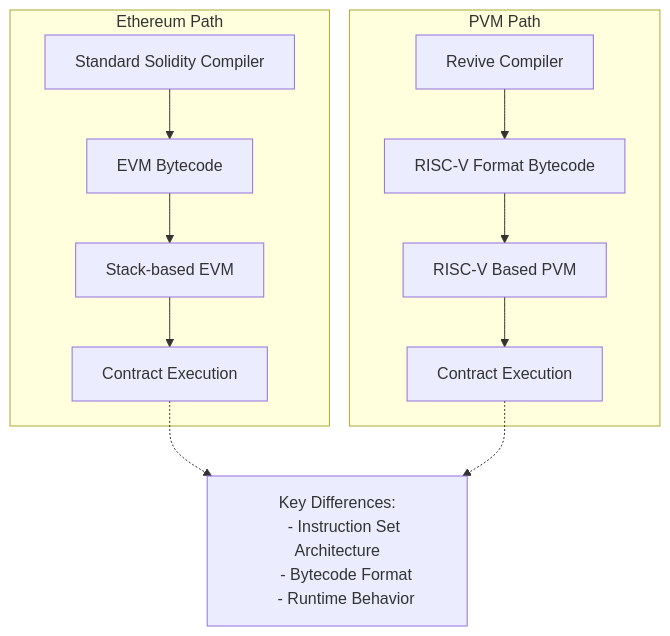
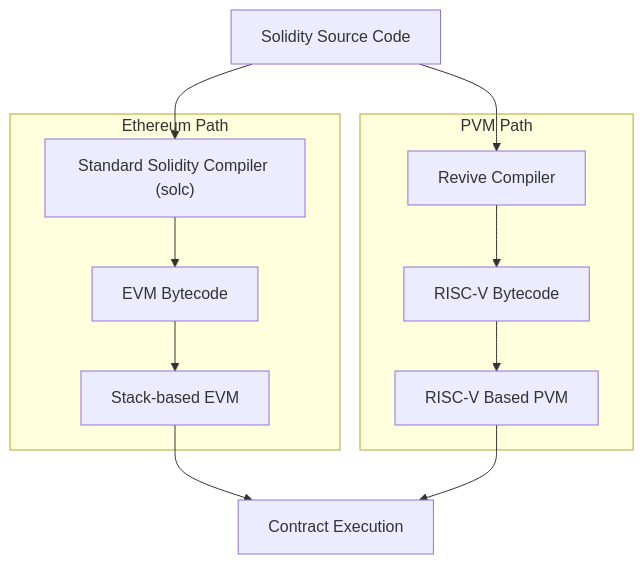
One commit to polkadot-developers/polkadot-docs changed the diagram in smart-contracts/for-eth-devs/evm-vs-pvm.md. Above: the diagram before and after it, drawn with Mermaid.

Commit message:
fix: evm vs pvm graph

````diff
--- a/smart-contracts/for-eth-devs/evm-vs-pvm.md
+++ b/smart-contracts/for-eth-devs/evm-vs-pvm.md
@@ -17,20 +17,27 @@
 ```mermaid
 graph TD
+    Solidity["Solidity Source Code"]
+
     subgraph "Ethereum Path"
-        EthCompile["Standard Solidity Compiler"] --> EVM_Bytecode["EVM Bytecode"]
-        EVM_Bytecode --> EVM["Stack-based EVM"]
-        EVM --> EthExecution["Contract Execution"]
+        EthCompile["Standard Solidity Compiler (solc)"]
+        EVM_Bytecode["EVM Bytecode"]
+        EVM["Stack-based EVM"]
     end
 
     subgraph "PVM Path"
-        ReviveCompile["Revive Compiler"] --> RISCV_Bytecode["RISC-V Format Bytecode"]
-        RISCV_Bytecode --> PVM["RISC-V Based PVM"]
-        PVM --> PolkaExecution["Contract Execution"]
+        ReviveCompile["Revive Compiler"]
+        RISCV_Bytecode["RISC-V Bytecode"]
+        PVMNode["RISC-V Based PVM"]
     end
 
-    EthExecution -.-> DifferencesNote["Key Differences:
-    - Instruction Set Architecture
-    - Bytecode Format
-    - Runtime Behavior"]
-    PolkaExecution -.-> DifferencesNote
+    Execution["Contract Execution"]
+
+    Solidity --> EthCompile
+    Solidity --> ReviveCompile
+    EthCompile --> EVM_Bytecode
+    EVM_Bytecode --> EVM
+    EVM --> Execution
+    ReviveCompile --> RISCV_Bytecode
+    RISCV_Bytecode --> PVMNode
+    PVMNode --> Execution
 ```
````
